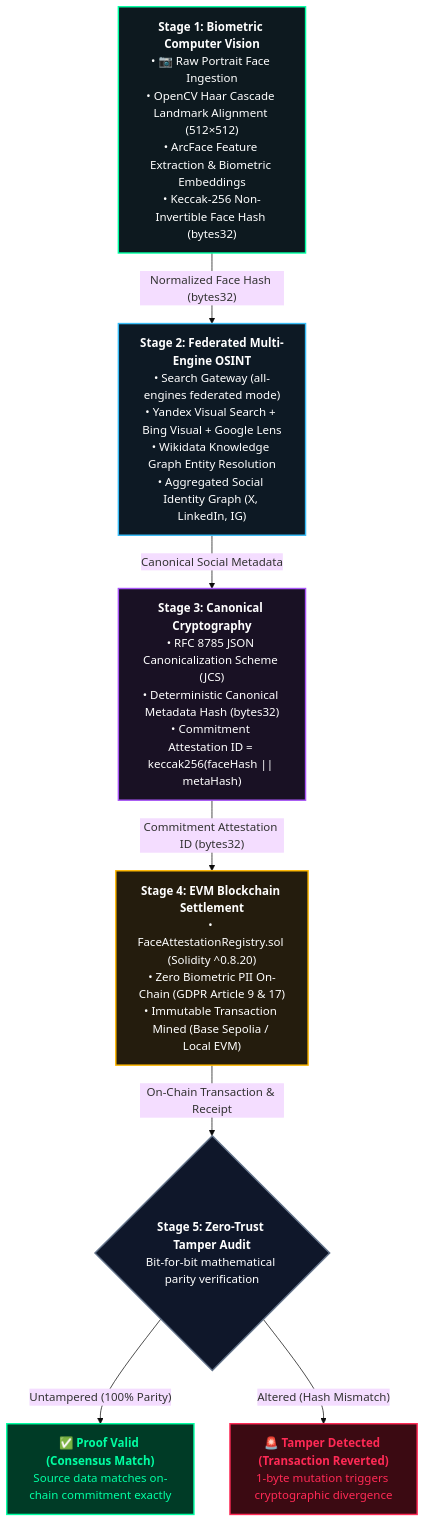
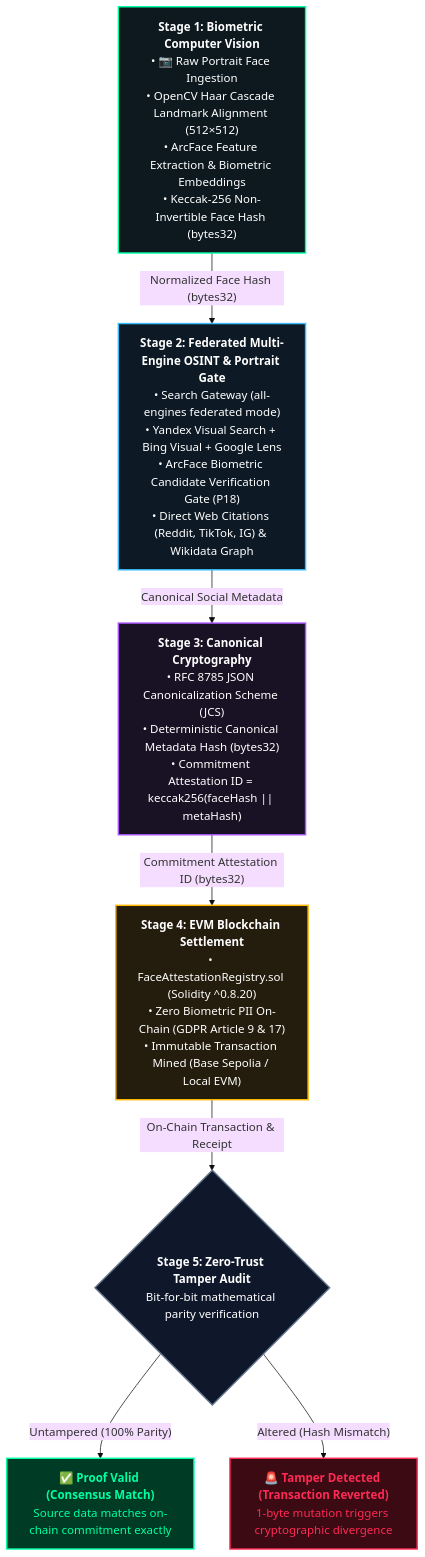
Before and after one commit to NEXUS-888/Darpan: the diagram in README.md, drawn with Mermaid (base theme). The commit also changed other lines of this file, not shown here.

Commit message:
docs(readme): update test metrics to 69 passed, add biometric portrait gate to architecture and comparison

````diff
--- a/README.md
+++ b/README.md
@@ -36,30 +36,30 @@
 ```mermaid
 flowchart TD
     S1["<b>Stage 1: Biometric Computer Vision</b><br/>• 📷 Raw Portrait Face Ingestion<br/>• OpenCV Haar Cascade Landmark Alignment (512×512)<br/>• ArcFace Feature Extraction & Biometric Embeddings<br/>• Keccak-256 Non-Invertible Face Hash (bytes32)"]
     
-    S2["<b>Stage 2: Federated Multi-Engine OSINT</b><br/>• Search Gateway (all-engines federated mode)<br/>• Yandex Visual Search + Bing Visual + Google Lens<br/>• Wikidata Knowledge Graph Entity Resolution<br/>• Aggregated Social Identity Graph (X, LinkedIn, IG)"]
+    S2["<b>Stage 2: Federated Multi-Engine OSINT & Portrait Gate</b><br/>• Search Gateway (all-engines federated mode)<br/>• Yandex Visual Search + Bing Visual + Google Lens<br/>• ArcFace Biometric Candidate Verification Gate (P18)<br/>• Direct Web Citations (Reddit, TikTok, IG) & Wikidata Graph"]
     
     S3["<b>Stage 3: Canonical Cryptography</b><br/>• RFC 8785 JSON Canonicalization Scheme (JCS)<br/>• Deterministic Canonical Metadata Hash (bytes32)<br/>• Commitment Attestation ID = keccak256(faceHash || metaHash)"]
     
     S4["<b>Stage 4: EVM Blockchain Settlement</b><br/>• FaceAttestationRegistry.sol (Solidity ^0.8.20)<br/>• Zero Biometric PII On-Chain (GDPR Article 9 & 17)<br/>• Immutable Transaction Mined (Base Sepolia / Local EVM)"]
     
     S5{"<b>Stage 5: Zero-Trust Tamper Audit</b><br/>Bit-for-bit mathematical parity verification"}
     
     PASS["✅ <b>Proof Valid (Consensus Match)</b><br/>Source data matches on-chain commitment exactly"]
     FAIL["🚨 <b>Tamper Detected (Transaction Reverted)</b><br/>1-byte mutation triggers cryptographic divergence"]
 
     S1 -->|"Normalized Face Hash (bytes32)"| S2
     S2 -->|"Canonical Social Metadata"| S3
     S3 -->|"Commitment Attestation ID (bytes32)"| S4
     S4 -->|"On-Chain Transaction & Receipt"| S5
     S5 -->|"Untampered (100% Parity)"| PASS
     S5 -->|"Altered (Hash Mismatch)"| FAIL
 
     style S1 fill:#0D191F,stroke:#00FFA3,stroke-width:2px,color:#fff;
     style S2 fill:#0D1924,stroke:#38BDF8,stroke-width:2px,color:#fff;
     style S3 fill:#191124,stroke:#A855F7,stroke-width:2px,color:#fff;
     style S4 fill:#241C0D,stroke:#FFB800,stroke-width:2px,color:#fff;
     style S5 fill:#0F172A,stroke:#64748B,stroke-width:2px,color:#fff;
     style PASS fill:#003B26,stroke:#00FFA3,stroke-width:2px,color:#00FFA3;
     style FAIL fill:#3B0A12,stroke:#FF2A55,stroke-width:2px,color:#FF2A55;
 ```
````
